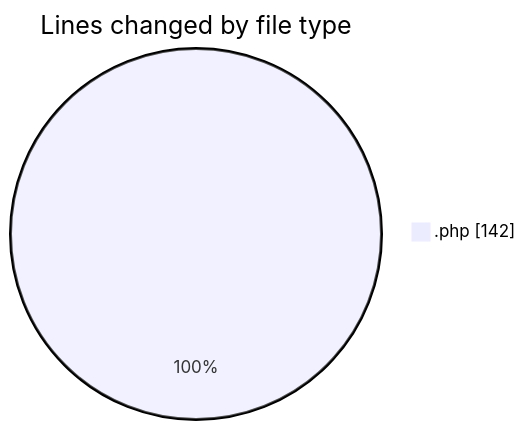
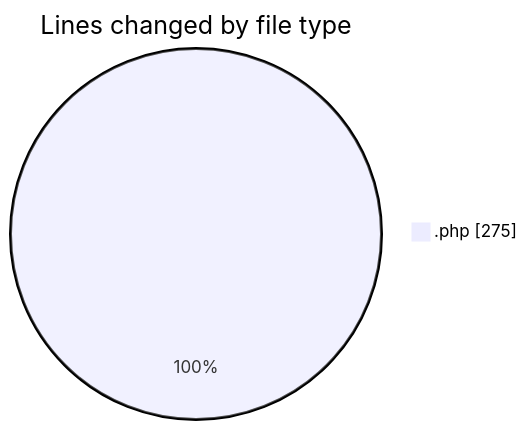
The first of 2 diagrams in 2025-06-10/qrcodejs-master/README.md (LanceThiago/code-tracking), drawn with Mermaid before and after one commit. The commit also changed other lines of this file and 1 other file, not shown here.

````diff
--- a/2025-06-10/qrcodejs-master/README.md
+++ b/2025-06-10/qrcodejs-master/README.md
@@ -20,5 +20,5 @@
 ```mermaid
 pie showData
 title Lines changed by file type
-".php" : 142
+".php" : 275
 ```
````
